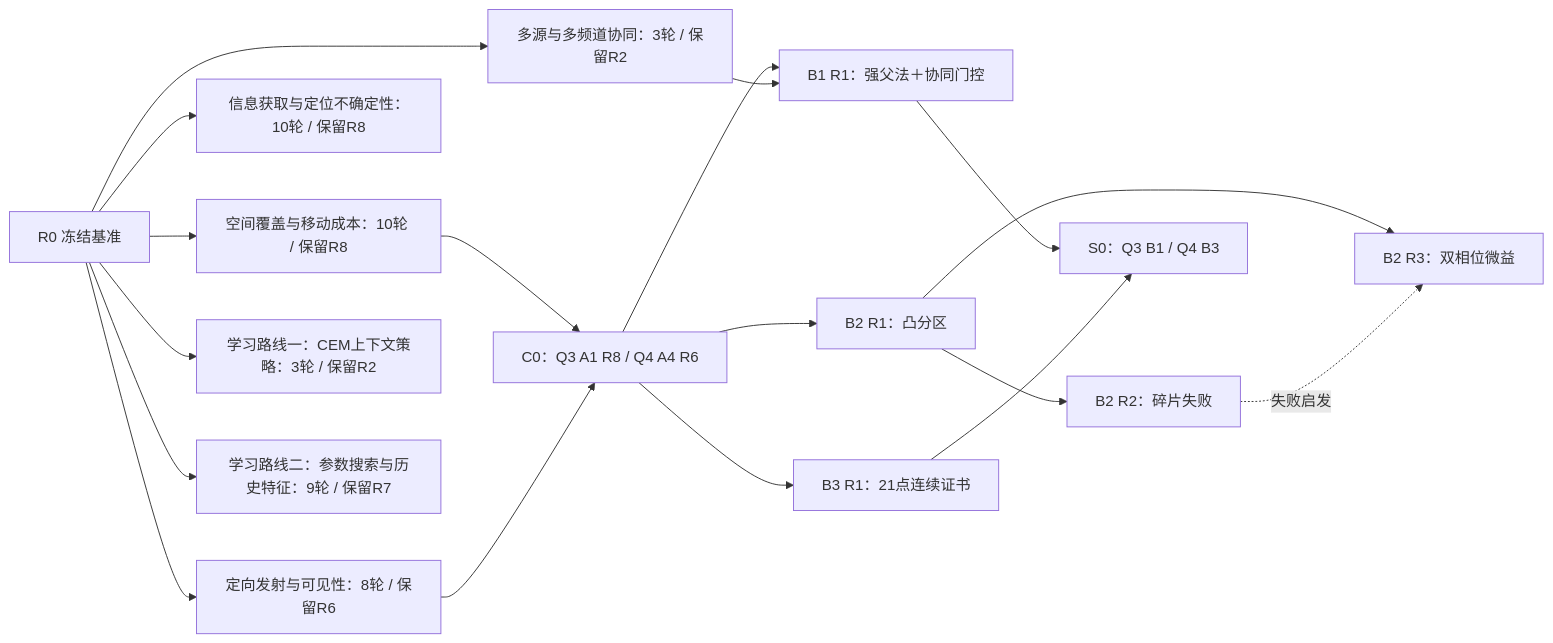
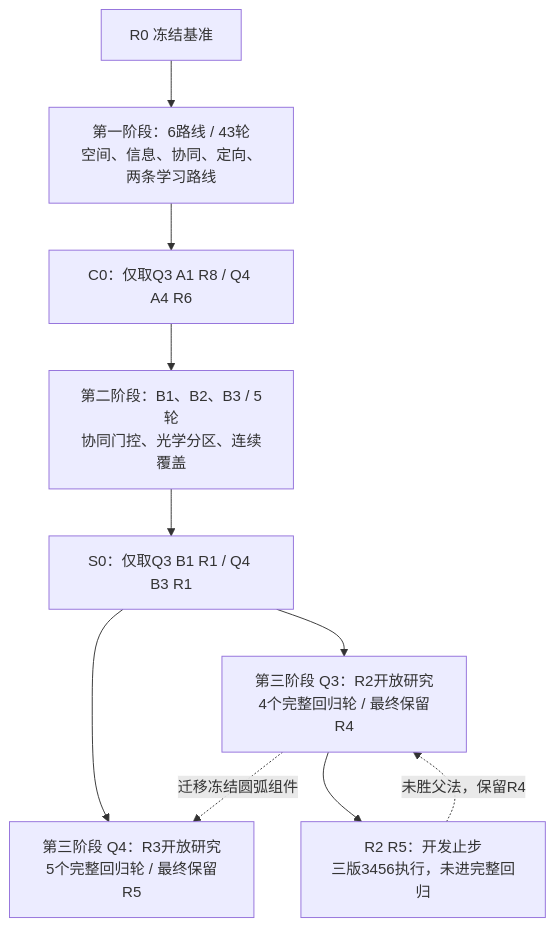
The first of 10 diagrams in experiments/R1_atlas/DIRECTION_MAP.md (xiangguaguadadi-dot/cumcm2026-b), drawn with Mermaid before and after one commit. The commit also changed other lines of this file and 2 other files, not shown here.

Commit message:
Extend overview navigation through final stage-three components and rejected development

````diff
--- a/experiments/R1_atlas/DIRECTION_MAP.md
+++ b/experiments/R1_atlas/DIRECTION_MAP.md
@@ -9,21 +11,13 @@
 ```mermaid
-flowchart LR
+flowchart TB
   R0["R0 冻结基准"]
-  R0 --> A1_space_R8["空间覆盖与移动成本：10轮 / 保留R8"]
-  R0 --> A2_information_R8["信息获取与定位不确定性：10轮 / 保留R8"]
-  R0 --> A3_coordination_R2["多源与多频道协同：3轮 / 保留R2"]
-  R0 --> A4_directional_R6["定向发射与可见性：8轮 / 保留R6"]
-  R0 --> A5_learning_R2["学习路线一：CEM上下文策略：3轮 / 保留R2"]
-  R0 --> A6_learning_R7["学习路线二：参数搜索与历史特征：9轮 / 保留R7"]
-  A1_space_R8 --> C0["C0：Q3 A1 R8 / Q4 A4 R6"]
-  A4_directional_R6 --> C0
-  C0 --> B1_R1["B1 R1：强父法＋协同门控"]
-  A3_coordination_R2 --> B1_R1
-  C0 --> B2_R1["B2 R1：凸分区"]
-  B2_R1 --> B2_R2["B2 R2：碎片失败"]
-  B2_R1 --> B2_R3["B2 R3：双相位微益"]
-  B2_R2 -. "失败启发" .-> B2_R3
-  C0 --> B3_R1["B3 R1：21点连续证书"]
-  B1_R1 --> S0["S0：Q3 B1 / Q4 B3"]
-  B3_R1 --> S0
+  R0 --> STAGE1["第一阶段：6路线 / 43轮<br/>空间、信息、协同、定向、两条学习路线"]
+  STAGE1 --> C0["C0：仅取Q3 A1 R8 / Q4 A4 R6"]
+  C0 --> STAGE2["第二阶段：B1、B2、B3 / 5轮<br/>协同门控、光学分区、连续覆盖"]
+  STAGE2 --> S0["S0：仅取Q3 B1 R1 / Q4 B3 R1"]
+  S0 --> R2_open_R4["第三阶段 Q3：R2开放研究<br/>4个完整回归轮 / 最终保留R4"]
+  S0 --> R3_open_R5["第三阶段 Q4：R3开放研究<br/>5个完整回归轮 / 最终保留R5"]
+  R2_open_R4 -. "迁移冻结圆弧组件" .-> R3_open_R5
+  R2_open_R4 --> R2_open_R5["R2 R5：开发止步<br/>三版3456执行，未进完整回归"]
+  R2_open_R5 -. "未胜父法，保留R4" .-> R2_open_R4
 ```
````
